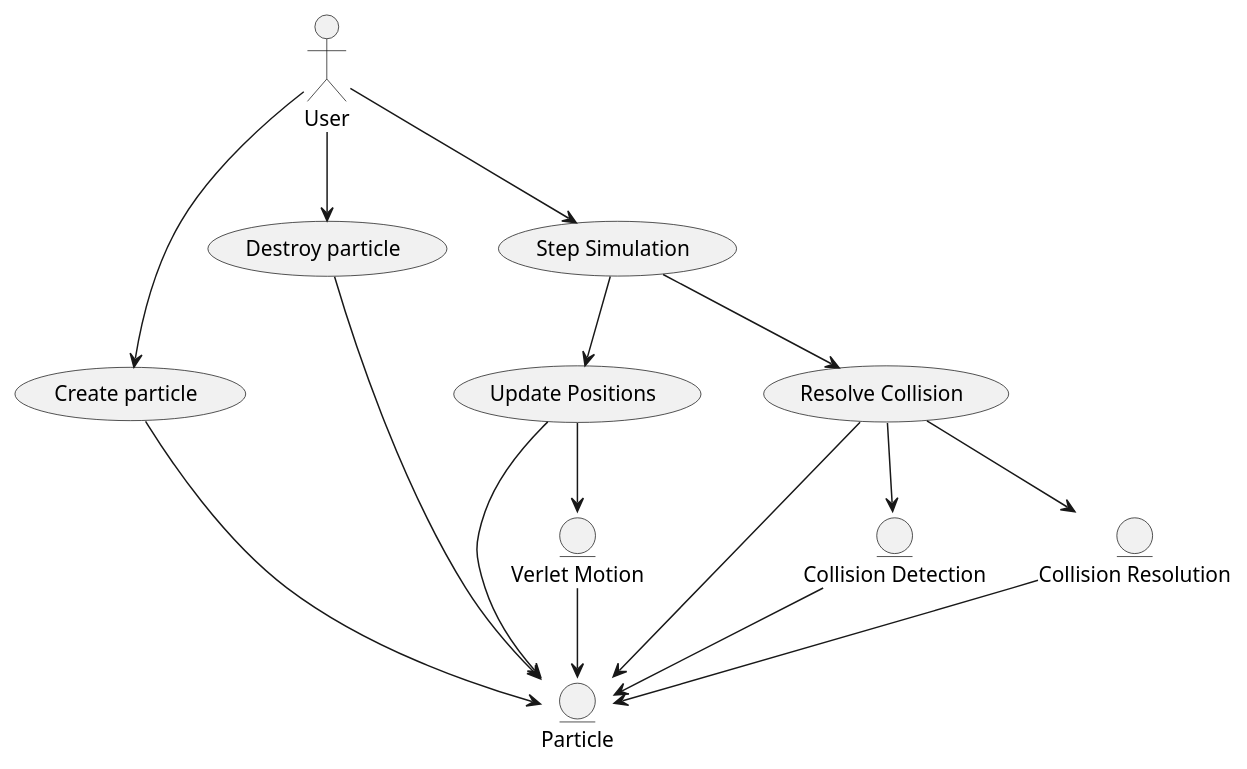
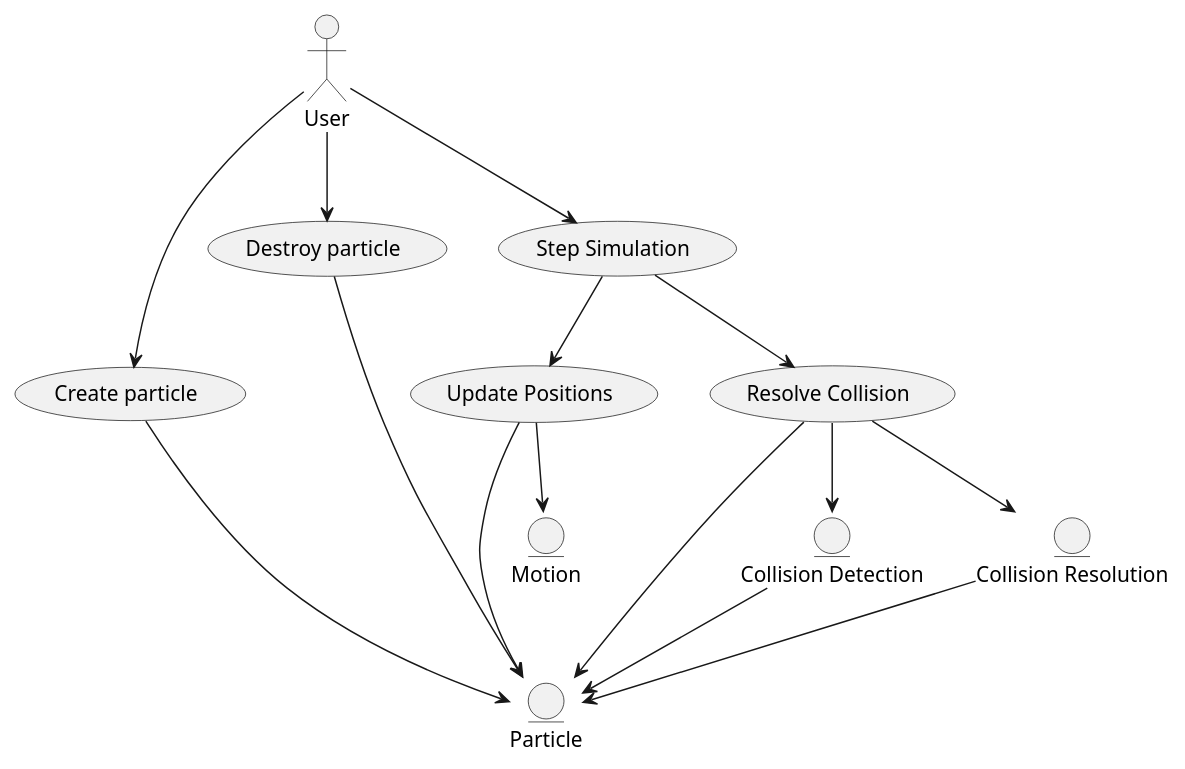
One commit to hayesHowYaDoin/physics_engine changed the diagram in docs/usecases.plantuml. Above: the diagram before and after it, drawn with PlantUML.

Commit message:
Update Motion entity in usecases.plantuml

```diff
--- a/docs/usecases.plantuml
+++ b/docs/usecases.plantuml
@@ -1,37 +1,35 @@
 @startuml UseCases
 
 actor User
 usecase "Create particle" as UC_CreateParticle
 usecase "Destroy particle" as UC_DestroyParticle
 usecase "Step Simulation" as UC_Step
 usecase "Update Positions" as UC_Motion
 usecase "Resolve Collision" as UC_Collision
 entity "Particle" as E_Particle
-entity "Verlet Motion" as E_Verlet
+entity "Motion" as E_Motion
 entity "Collision Detection" as E_Detection
 entity "Collision Resolution" as E_Resolution
 
 User --> UC_CreateParticle
 User --> UC_DestroyParticle
 User --> UC_Step
 
 UC_CreateParticle --> E_Particle
 UC_DestroyParticle --> E_Particle
 
 UC_Step --> UC_Motion
 UC_Step --> UC_Collision
 
-UC_Motion --> E_Verlet
+UC_Motion --> E_Motion
 UC_Motion --> E_Particle
 
 UC_Collision --> E_Detection
 UC_Collision --> E_Resolution
 UC_Collision --> E_Particle
 
-E_Verlet --> E_Particle
-
 E_Detection --> E_Particle
 
 E_Resolution --> E_Particle
 
 @enduml
```
